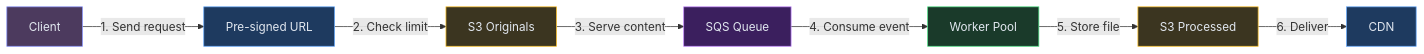
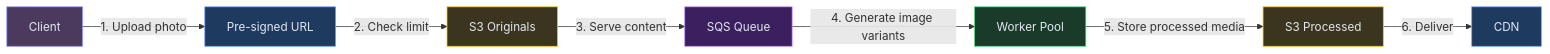
One commit to iluzn/HLD-Designs changed the eighth of 9 diagrams in content/hld/Instagram.md. Above: the diagram before and after it, drawn with Mermaid. The commit also changed other lines of this file and 27 other files, not shown here.

````diff
--- a/content/hld/Instagram.md
+++ b/content/hld/Instagram.md
@@ -431,23 +431,23 @@
 ```mermaid
 flowchart LR
     Client["Client"]:::client
     PS["Pre-signed URL"]:::edge
     S3O["S3 Originals"]:::data
     Q["SQS Queue"]:::async
     W1["Worker Pool"]:::service
     S3P["S3 Processed"]:::data
     CDN["CDN"]:::edge
 
-    Client -->|"1. Send request"| PS
+    Client -->|"1. Upload photo"| PS
     PS -->|"2. Check limit"| S3O
     S3O -->|"3. Serve content"| Q
-    Q -->|"4. Consume event"| W1
-    W1 -->|"5. Store file"| S3P
+    Q -->|"4. Generate image variants"| W1
+    W1 -->|"5. Store processed media"| S3P
     S3P -->|"6. Deliver"| CDN
 
     classDef client fill:#4c3a5e,stroke:#818cf8,color:#e2e8f0
     classDef edge fill:#1e3a5f,stroke:#60a5fa,color:#e2e8f0
     classDef service fill:#1a3a2a,stroke:#4ade80,color:#e2e8f0
     classDef async fill:#3b1f5e,stroke:#c084fc,color:#e2e8f0
     classDef data fill:#3b3520,stroke:#fbbf24,color:#e2e8f0
 ```
````
